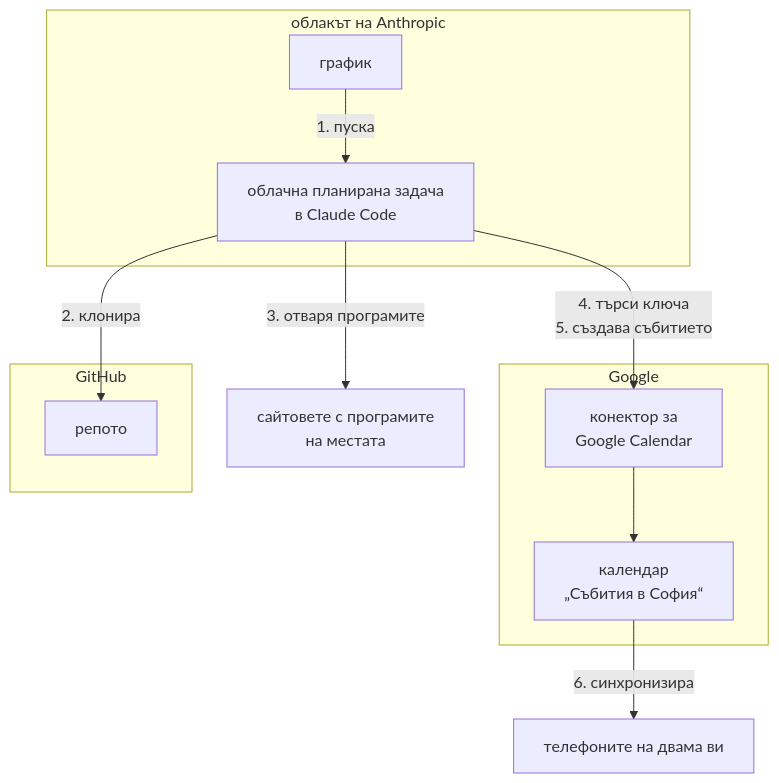
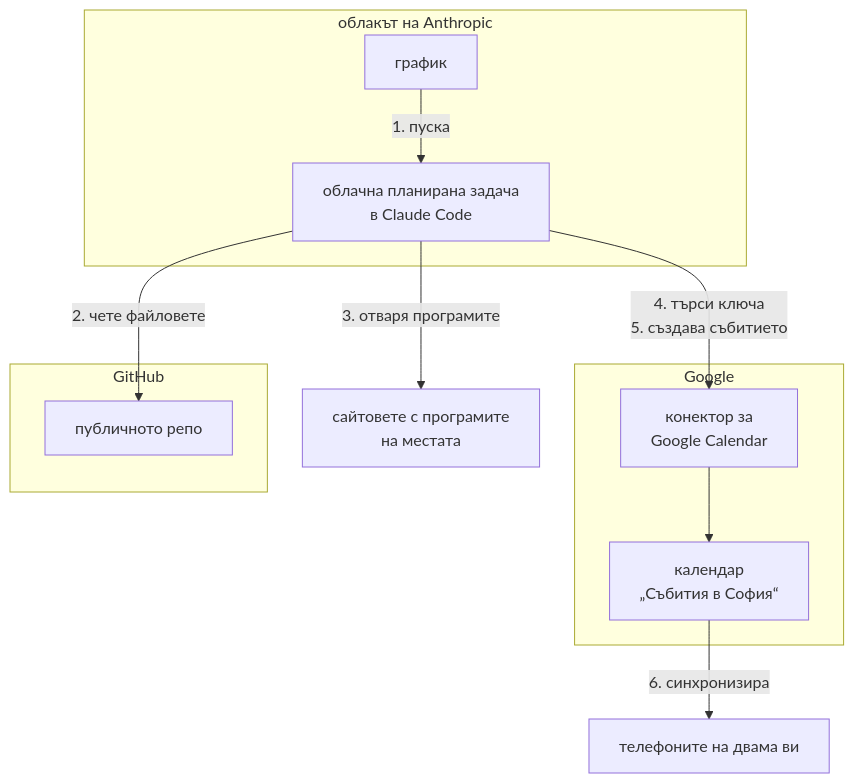
Before and after one commit to yankogovedarov/sofia-events-agent: the diagram in Архитектура.md, drawn with Mermaid. The commit also changed other lines of this file and 3 other files, not shown here.

First line of the commit message:
docs: репото става публично, агентът чете файловете по адрес и записва review 10

````diff
--- a/Архитектура.md
+++ b/Архитектура.md
@@ -7,23 +7,23 @@
 ```mermaid
 flowchart TD
     subgraph anthropic["облакът на Anthropic"]
         schedule["график"]
         task["облачна планирана задача<br>в Claude Code"]
     end
     subgraph google["Google"]
         connector["конектор за<br>Google Calendar"]
         calendar["календар<br>„Събития в София“"]
     end
     sites["сайтовете с програмите<br>на местата"]
     subgraph github["GitHub"]
-        repo["репото"]
+        repo["публичното репо"]
     end
     phones["телефоните на двама ви"]
 
     schedule -->|"1. пуска"| task
-    task -->|"2. клонира"| repo
+    task -->|"2. чете файловете"| repo
     task -->|"3. отваря програмите"| sites
     task -->|"4. търси ключа<br>5. създава събитието"| connector
     connector --> calendar
     calendar -->|"6. синхронизира"| phones
 ```
````
